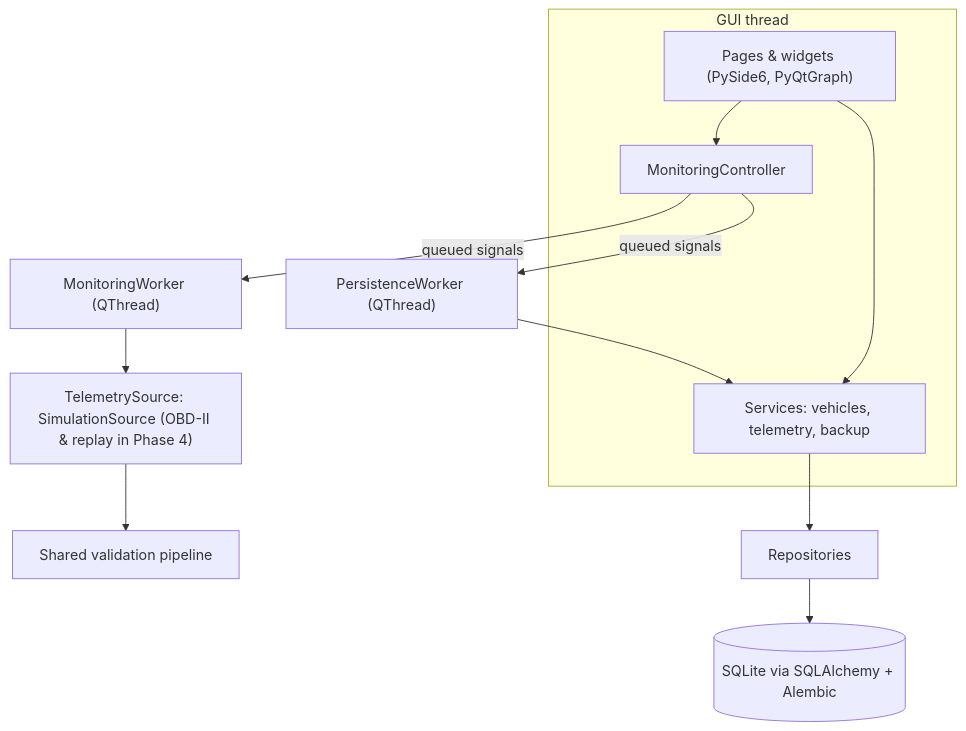
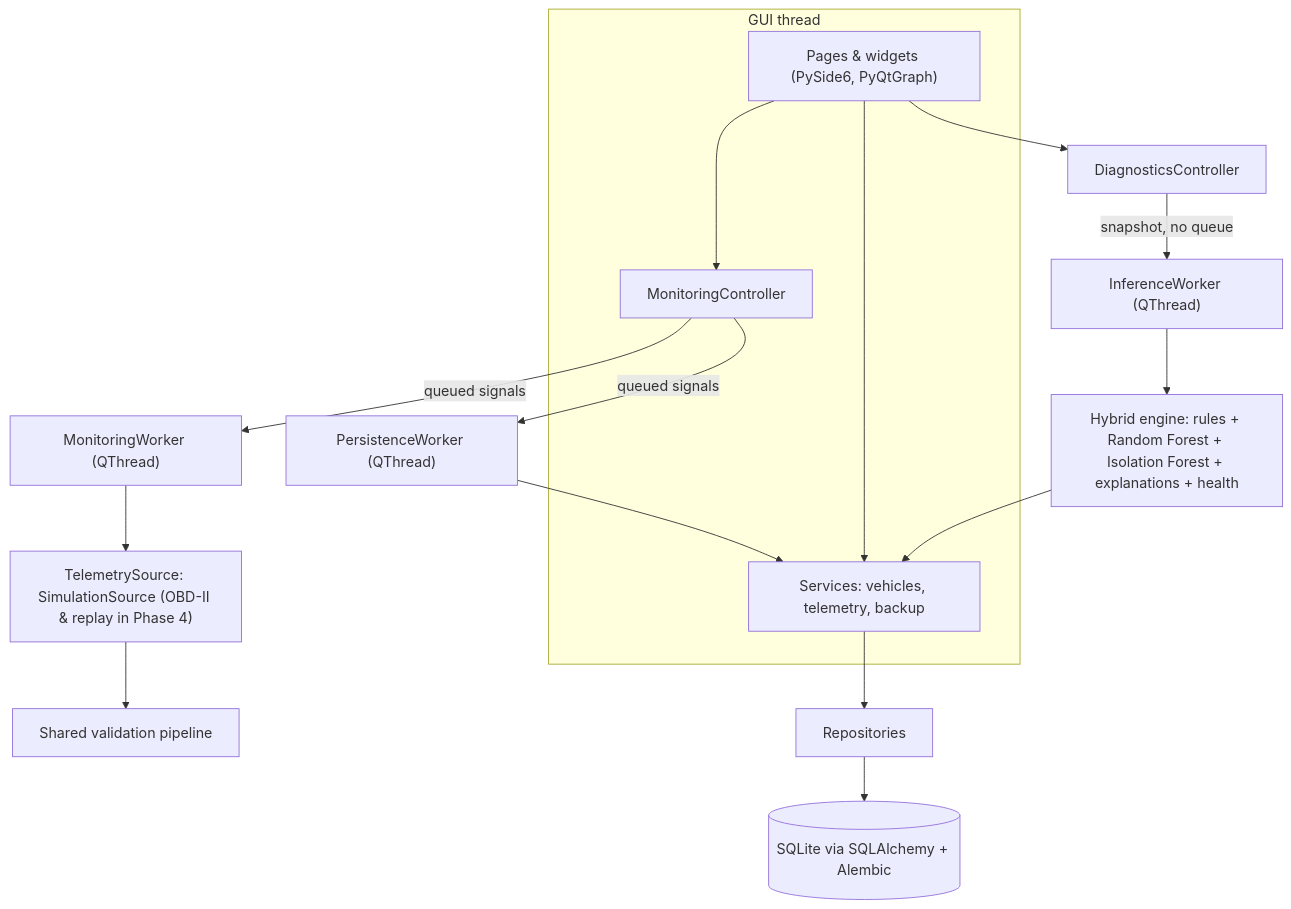
One commit to Hiranya-Bandara/SmartDrive-Guardian-AI changed the diagram in README.md. Above: the diagram before and after it, drawn with Mermaid. The commit also changed other lines of this file and 82 other files, not shown here.

Commit message:
feat: implement advanced AI engine and hybrid vehicle diagnostics

````diff
--- a/README.md
+++ b/README.md
@@ -84,13 +148,17 @@
 ```mermaid
 flowchart TB
     subgraph GUI thread
       UI["Pages & widgets (PySide6, PyQtGraph)"] --> MC["MonitoringController"]
       UI --> SVC["Services: vehicles, telemetry, backup"]
     end
     MC -- "queued signals" --> MW["MonitoringWorker (QThread)"]
     MC -- "queued signals" --> PW["PersistenceWorker (QThread)"]
+    UI --> DC["DiagnosticsController"]
+    DC -- "snapshot, no queue" --> IW["InferenceWorker (QThread)"]
+    IW --> ENG["Hybrid engine: rules + Random Forest + Isolation Forest + explanations + health"]
+    ENG --> SVC
     MW --> SRC["TelemetrySource: SimulationSource (OBD-II & replay in Phase 4)"]
     SRC --> VAL["Shared validation pipeline"]
     PW --> SVC
     SVC --> REPO["Repositories"] --> DB[("SQLite via SQLAlchemy + Alembic")]
 ```
````
